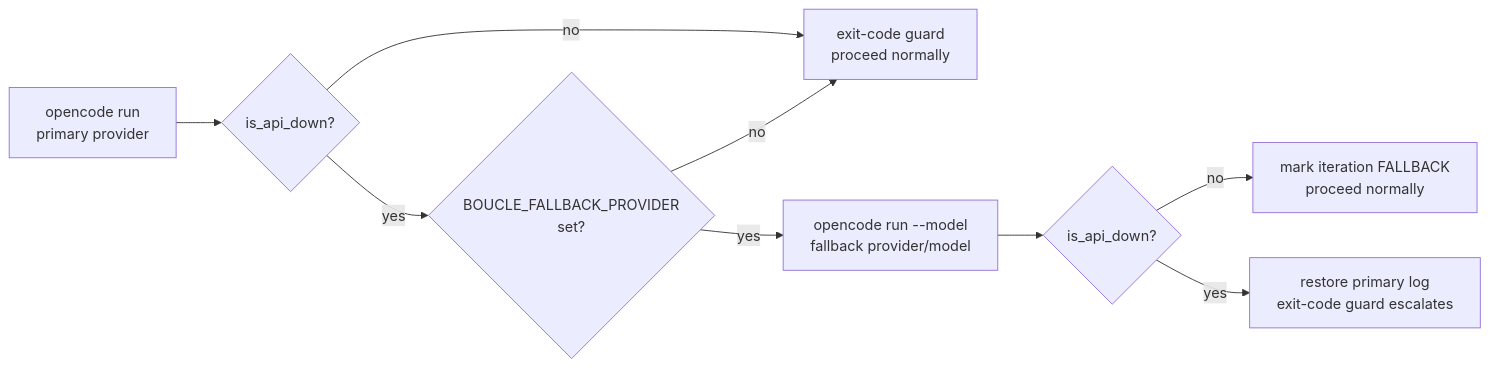
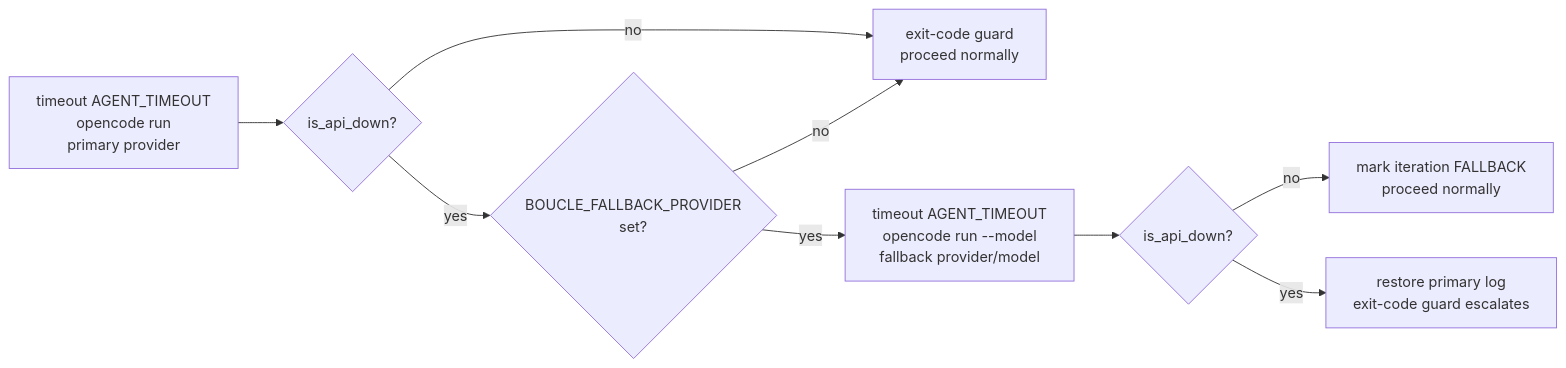
One commit to ankaboot-source/boucle changed the fifth of 6 diagrams in ARCHITECTURE.md. Above: the diagram before and after it, drawn with Mermaid. The commit also changed other lines of this file and 2 other files, not shown here.

Commit message:
fix: wrap opencode in timeout so fallback can trigger on hang
When the primary provider hangs silently (API down, credits exhausted),
run_with_retry never returns — the 30m job timeout kills the whole job
before the fallback block can execute. Wrap each opencode invocation in
'timeout' (per-role AGENT_TIMEOUT) and disable retry loops when a
fallback provider is configured, so a hanging primary is killed with
exit 124 and the fallback gets a chance to run.

Per-role defaults: triage=4m, worker/reviewer/e2e=12m (leaves ~40% for
fallback, ~20% for overhead). Override with BOUCLE_AGENT_TIMEOUT.

Updates AGENTS.md lesson #30 and ARCHITECTURE.md Mermaid flowchart.

[skip ci]

````diff
--- a/ARCHITECTURE.md
+++ b/ARCHITECTURE.md
@@ -305,11 +307,11 @@
 ```mermaid
 flowchart LR
-    A[opencode run<br/>primary provider] --> B{is_api_down?}
+    A["timeout AGENT_TIMEOUT<br/>opencode run<br/>primary provider"] --> B{is_api_down?}
     B -- no --> C[exit-code guard<br/>proceed normally]
     B -- yes --> D{BOUCLE_FALLBACK_PROVIDER<br/>set?}
     D -- no --> C
-    D -- yes --> E[opencode run --model<br/>fallback provider/model]
+    D -- yes --> E["timeout AGENT_TIMEOUT<br/>opencode run --model<br/>fallback provider/model"]
     E --> F{is_api_down?}
     F -- no --> G[mark iteration FALLBACK<br/>proceed normally]
     F -- yes --> H[restore primary log<br/>exit-code guard escalates]
 ```
````
